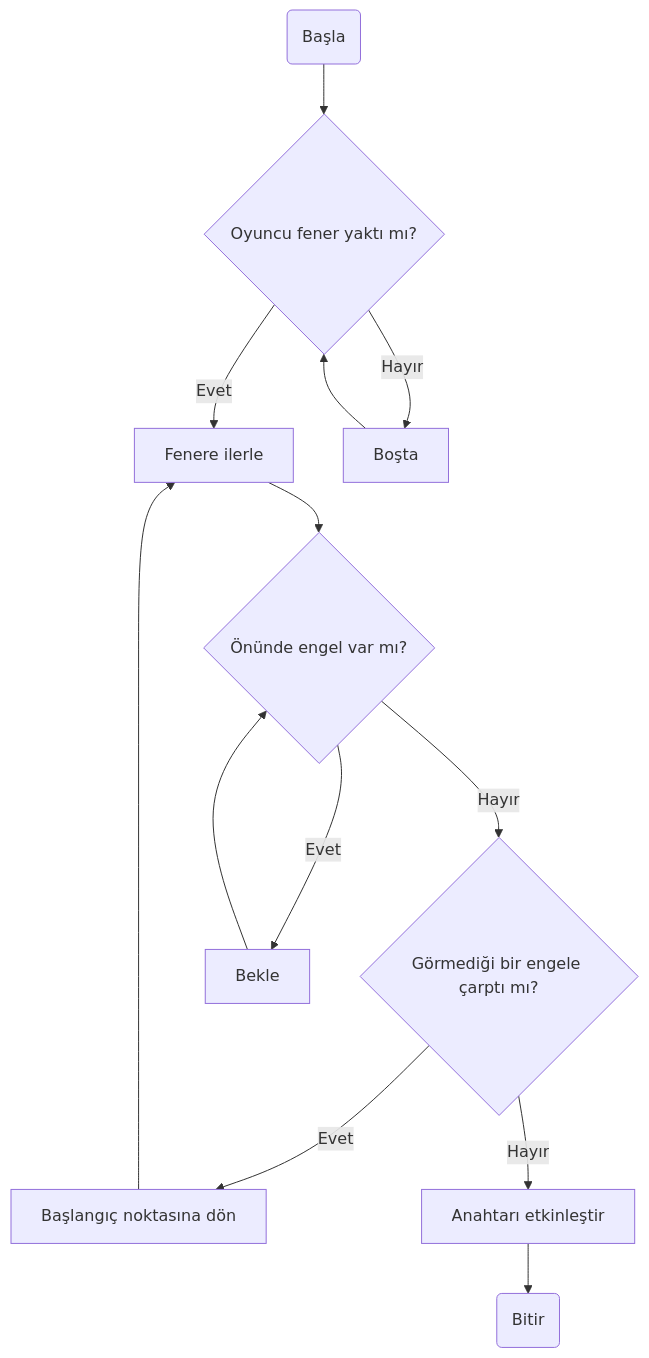
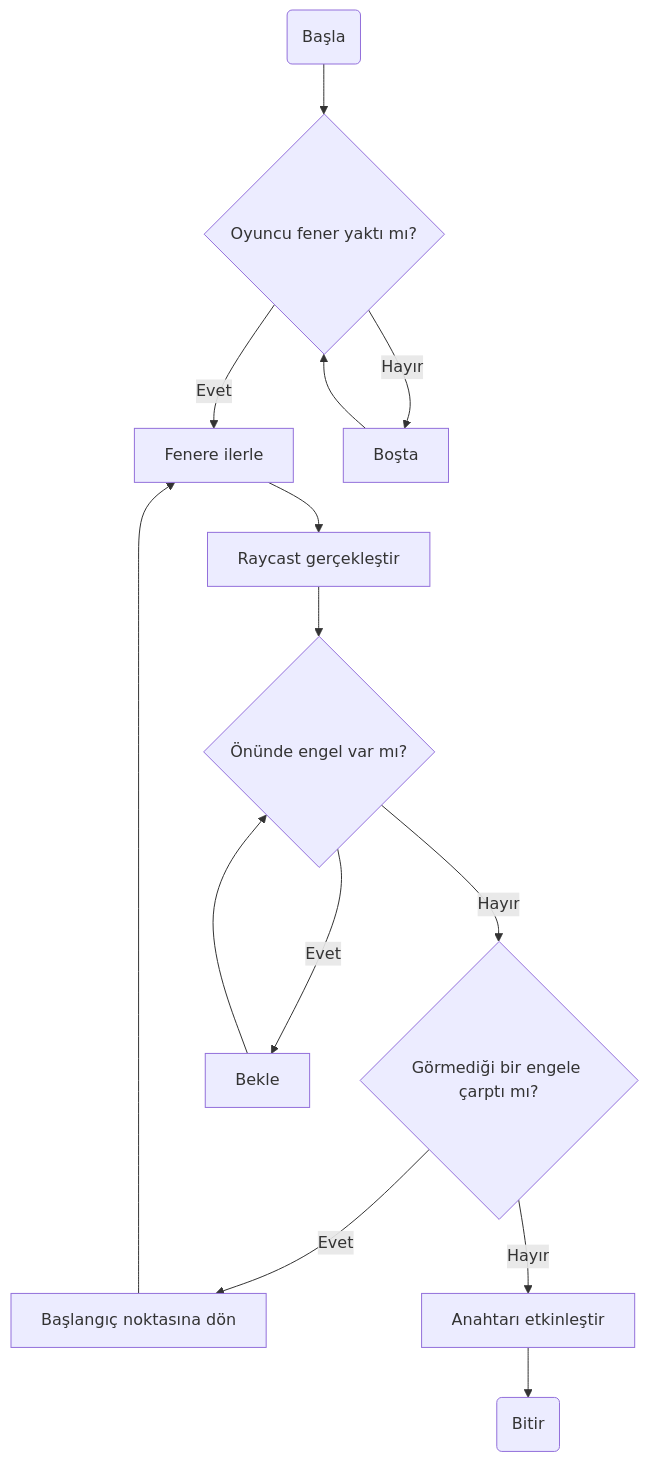
One commit to yektako/YazLab-I-Proje-I changed the first of 2 diagrams in README.md. Above: the diagram before and after it, drawn with Mermaid. The commit also changed other lines of this file, not shown here.

````diff
--- a/README.md
+++ b/README.md
@@ -16,9 +16,9 @@
 ```mermaid
 flowchart TD;
     A(Başla) --> B{Oyuncu fener yaktı mı?}
     B -->|Evet| D[Fenere ilerle]
     B -->|Hayır| C[Boşta] --> B
-    D --> M{Önünde engel var mı?} -->|Hayır| E{Görmediği bir engele çarptı mı?} -->|Evet| F[Başlangıç noktasına dön] --> D
+    D --> T[Raycast gerçekleştir] --> M{Önünde engel var mı?} -->|Hayır| E{Görmediği bir engele çarptı mı?} -->|Evet| F[Başlangıç noktasına dön] --> D
     M -->|Evet| L[Bekle] --> M
     E -->|Hayır| G[Anahtarı etkinleştir] --> Z(Bitir)
 ```
````
